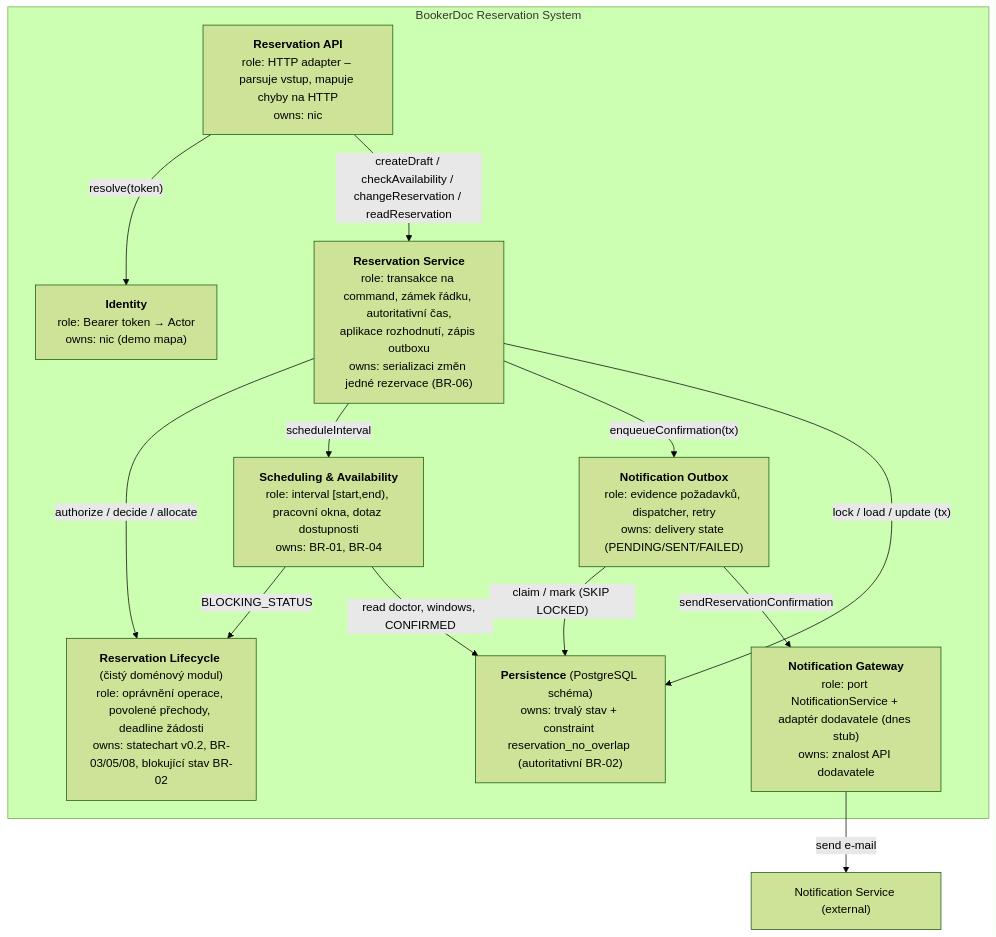
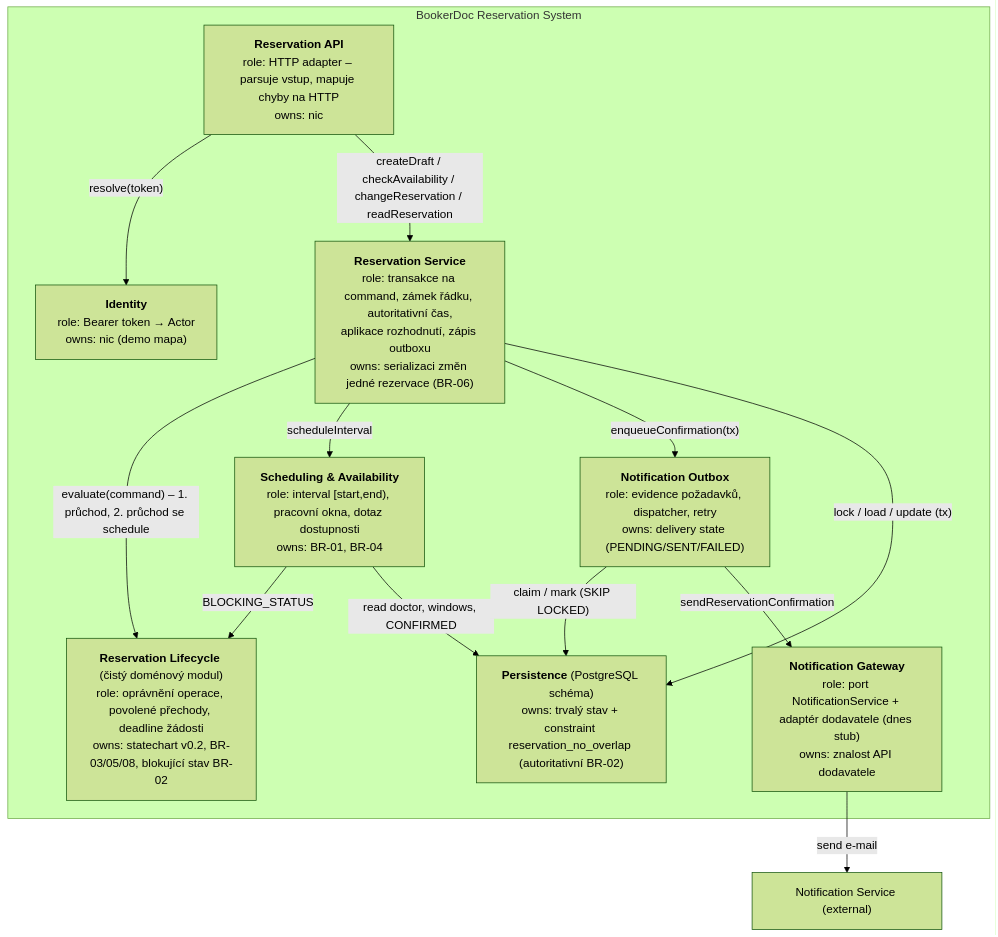
The third of 6 diagrams in docs/c03/architecture.md (ethanjojo/reservationsystem-swi), drawn with Mermaid (forest theme) before and after one commit. The commit also changed other lines of this file and 1 other file, not shown here.

First line of the commit message:
docs: align C03 views and ADR-007 with C05 evaluate contract (C06 F2)

````diff
--- a/docs/c03/architecture.md
+++ b/docs/c03/architecture.md
@@ -176,25 +181,25 @@
 ```mermaid
 flowchart TB
   subgraph RS["BookerDoc Reservation System"]
     API["<b>Reservation API</b><br/>role: HTTP adapter – parsuje vstup, mapuje chyby na HTTP<br/>owns: nic"]
     IDN["<b>Identity</b><br/>role: Bearer token → Actor<br/>owns: nic (demo mapa)"]
     SVC["<b>Reservation Service</b><br/>role: transakce na command, zámek řádku, autoritativní čas,<br/>aplikace rozhodnutí, zápis outboxu<br/>owns: serializaci změn jedné rezervace (BR-06)"]
     LC["<b>Reservation Lifecycle</b> (čistý doménový modul)<br/>role: oprávnění operace, povolené přechody, deadline žádosti<br/>owns: statechart v0.2, BR-03/05/08, blokující stav BR-02"]
     AV["<b>Scheduling & Availability</b><br/>role: interval [start,end), pracovní okna, dotaz dostupnosti<br/>owns: BR-01, BR-04"]
     OB["<b>Notification Outbox</b><br/>role: evidence požadavků, dispatcher, retry<br/>owns: delivery state (PENDING/SENT/FAILED)"]
     GW["<b>Notification Gateway</b><br/>role: port NotificationService + adaptér dodavatele (dnes stub)<br/>owns: znalost API dodavatele"]
     DBM["<b>Persistence</b> (PostgreSQL schéma)<br/>owns: trvalý stav + constraint reservation_no_overlap (autoritativní BR-02)"]
   end
   NS["Notification Service (external)"]
   API -- "resolve(token)" --> IDN
   API -- "createDraft / checkAvailability / changeReservation / readReservation" --> SVC
-  SVC -- "authorize / decide / allocate" --> LC
+  SVC -- "evaluate(command) – 1. průchod, 2. průchod se schedule" --> LC
   SVC -- "scheduleInterval" --> AV
   SVC -- "enqueueConfirmation(tx)" --> OB
   SVC -- "lock / load / update (tx)" --> DBM
   AV -- "BLOCKING_STATUS" --> LC
   AV -- "read doctor, windows, CONFIRMED" --> DBM
   OB -- "claim / mark (SKIP LOCKED)" --> DBM
   OB -- "sendReservationConfirmation" --> GW
   GW -- "send e-mail" --> NS
 ```
````
